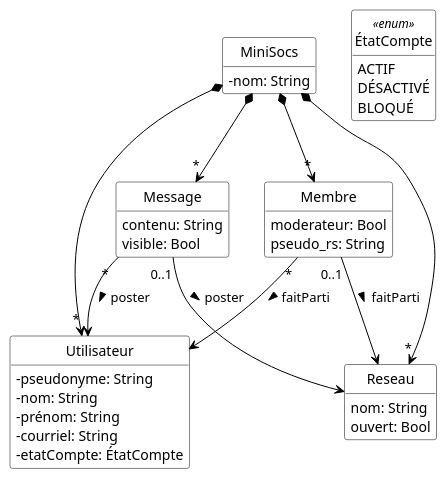
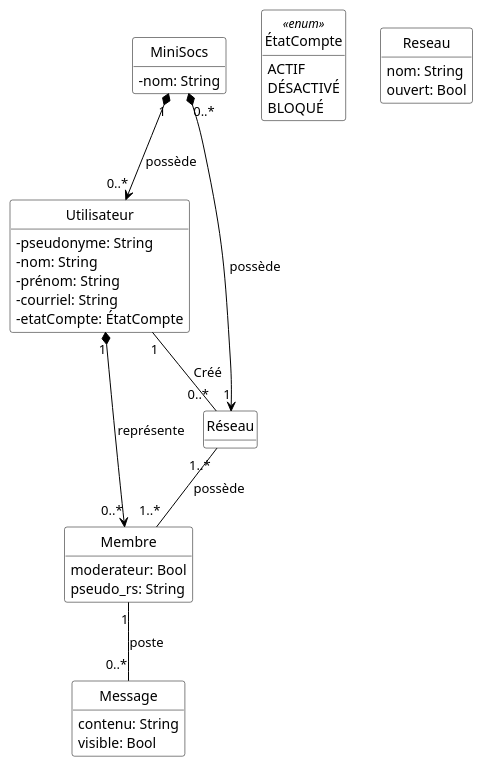
The diagram in Diagrammes/minisocs_uml_diag_classes_sans_notif.pu (HugoKD/MiniSoc), drawn with PlantUML before and after one commit. The commit also changed 18 other files, not shown here.

Commit message:
Ajout des classes Membre, Message et Reseau + modification Diagramme des classes

```diff
--- a/Diagrammes/minisocs_uml_diag_classes_sans_notif.pu
+++ b/Diagrammes/minisocs_uml_diag_classes_sans_notif.pu
@@ -1,58 +1,57 @@
 @startuml
 
 'Diagramme de classes (PlantUML)'
 
 'Configuration charte graphique'
 hide empty methods
 hide circle
 skinparam class {
   BackgroundColor White
   ArrowColor Black
   BorderColor Black
   AttributeIconSize 0
 }
 
 'Classes, énumérations, etc.'
 class MiniSocs {
   - nom: String
 }
 class Utilisateur {
   - pseudonyme: String
   - nom: String
   - prénom: String
   - courriel: String
   - etatCompte: ÉtatCompte
 }
 enum ÉtatCompte <<enum>> {
   ACTIF
   DÉSACTIVÉ
   BLOQUÉ
 }
 class Reseau {
   nom: String
   ouvert: Bool
 }
 class Membre {
   moderateur: Bool
   pseudo_rs: String
 }
 class Message {
   contenu: String
   visible: Bool
-
 }
 
 'Associations, etc.'
-MiniSocs *--> "*" Utilisateur
-MiniSocs *--> "*" Reseau
-MiniSocs *--> "*" Membre
-MiniSocs *--> "*" Message
+MiniSocs "1" *--> "0..*" Utilisateur : possède
+MiniSocs "0..*" *--> "1" Réseau : possède
 
-Membre "0..1" --> Reseau: faitParti >
-Membre "*" --> Utilisateur: faitParti >
-Message "0..1" --> Reseau: poster >
-Message "*" --> Utilisateur: poster >
+Réseau "1..*" -- "1..*" Membre: possède
+
+Membre "1" -- "0..*" Message: poste
+
+Utilisateur "1" -- "0..*" Réseau: Créé
+Utilisateur "1" *--> "0..*" Membre: représente
 
 'Au besoin, aides pour le positionnement'
 
 @enduml
```
